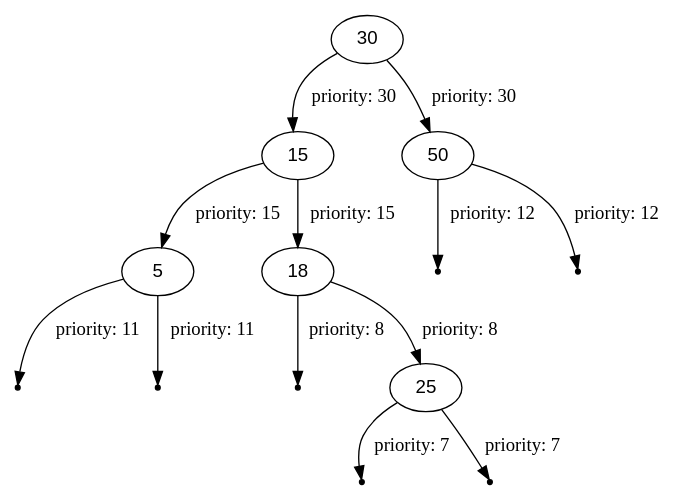
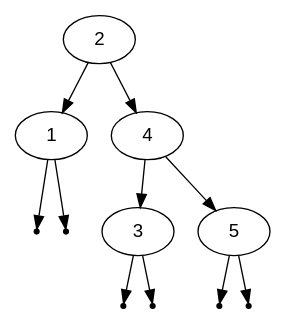
One commit to NikitaEvs/trees changed the diagram in visLib/out/dot/dump5.dot. Above: the diagram before and after it, drawn with Graphviz. The commit also changed 220 other files, not shown here.

```diff
--- a/visLib/out/dot/dump5.dot
+++ b/visLib/out/dot/dump5.dot
@@ -1,22 +1,19 @@
 digraph BinarySearchTree {
     node [fontname = "Arial"];
-    30 -> 15 [label="priority: 30"];
-    15 -> 5 [label="priority: 15"];
+    2 -> 1;
     null0[shape=point];
-    5 -> null0 [label="priority: 11"];
+    1 -> null0;
     null1[shape=point];
-    5 -> null1 [label="priority: 11"];
-    15 -> 18 [label="priority: 15"];
+    1 -> null1;
+    2 -> 4;
+    4 -> 3;
     null2[shape=point];
-    18 -> null2 [label="priority: 8"];
-    18 -> 25 [label="priority: 8"];
+    3 -> null2;
     null3[shape=point];
-    25 -> null3 [label="priority: 7"];
+    3 -> null3;
+    4 -> 5;
     null4[shape=point];
-    25 -> null4 [label="priority: 7"];
-    30 -> 50 [label="priority: 30"];
+    5 -> null4;
     null5[shape=point];
-    50 -> null5 [label="priority: 12"];
-    null6[shape=point];
-    50 -> null6 [label="priority: 12"];
+    5 -> null5;
 }
```
